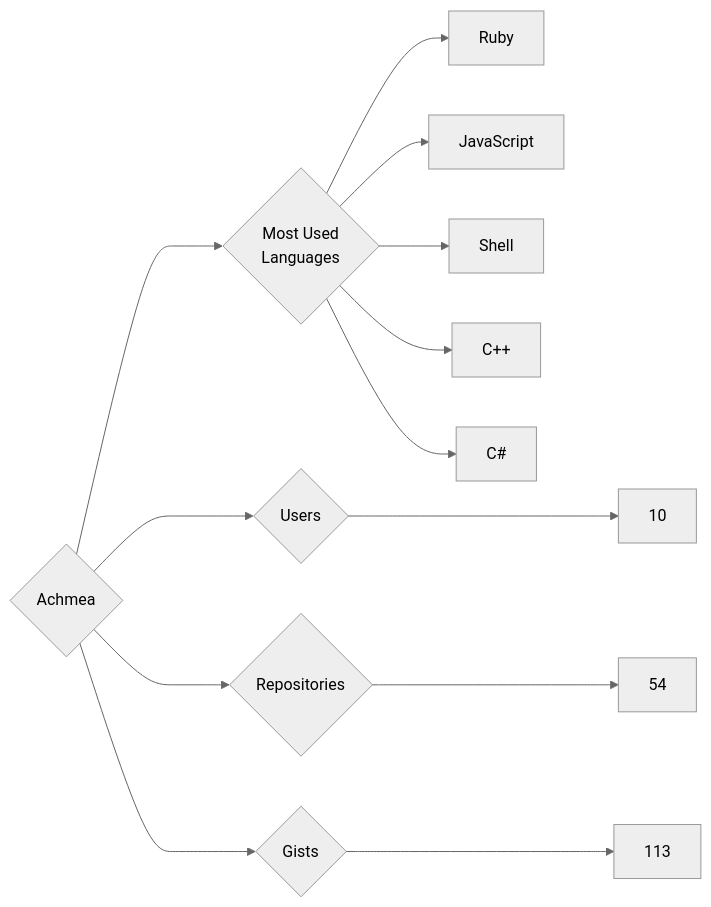
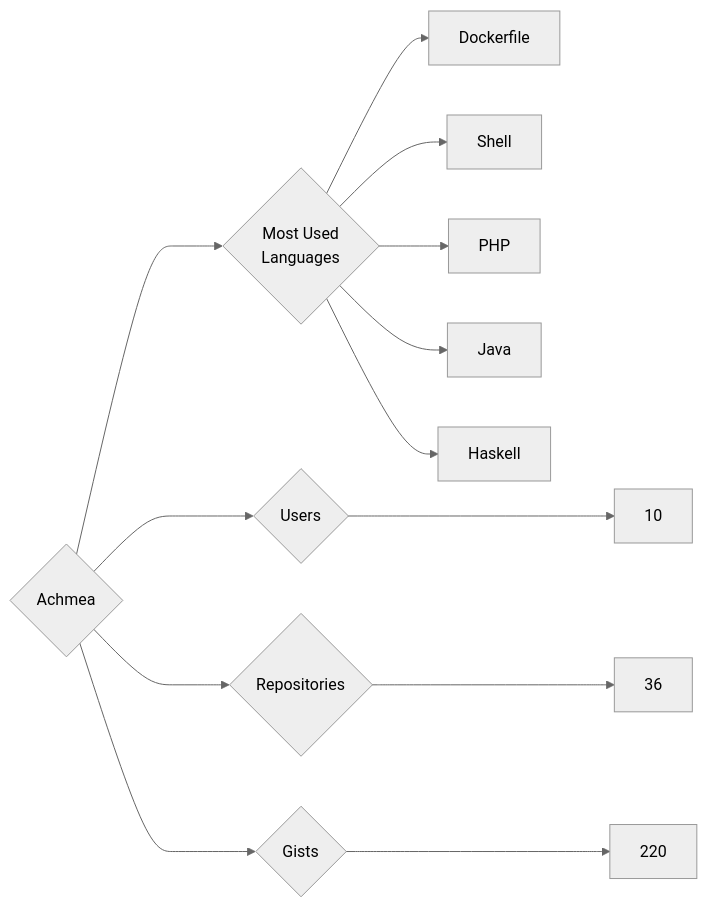
Before and after one commit to trickest/insiders: the diagram in targets/Achmea/README.md, drawn with Mermaid (neutral theme). The commit also changed 951 other files, not shown here.

````diff
--- a/targets/Achmea/README.md
+++ b/targets/Achmea/README.md
@@ -3,13 +3,13 @@
 ```mermaid
 graph LR
 COMPANY_NAME{Achmea}
 COMPANY_NAME ---> U{Users} ---> UN[10]
-COMPANY_NAME ---> R{Repositories} ---> RN[54]
-COMPANY_NAME ---> G{Gists} ---> GN[113]
+COMPANY_NAME ---> R{Repositories} ---> RN[36]
+COMPANY_NAME ---> G{Gists} ---> GN[220]
 COMPANY_NAME ---> ML{Most Used<br>Languages}
-ML --> Ruby
-ML --> JavaScript
-ML --> Shell
-ML --> C++
-ML --> C#
+ML --> Dockerfile[Dockerfile]
+ML --> Shell[Shell]
+ML --> PHP[PHP]
+ML --> Java[Java]
+ML --> Haskell[Haskell]
 ```
````
